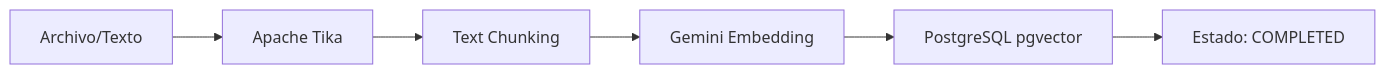
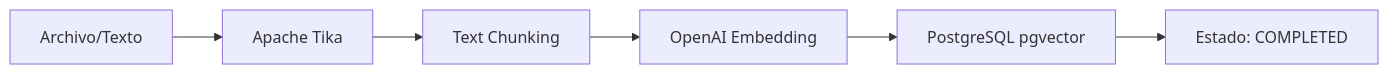
The first of 2 diagrams in README.md (JoshRivas313/DocuCanvas), drawn with Mermaid before and after one commit. The commit also changed other lines of this file, not shown here.

Commit message:
docs: actualizar README con detalles de Docker y pipeline OpenAI

````diff
--- a/README.md
+++ b/README.md
@@ -148,8 +157,8 @@
 ```mermaid
 graph LR
     A[Archivo/Texto] --> B[Apache Tika]
     B --> C[Text Chunking]
-    C --> D[Gemini Embedding]
+    C --> D[OpenAI Embedding]
     D --> E[PostgreSQL pgvector]
     E --> F[Estado: COMPLETED]
 ```
````
